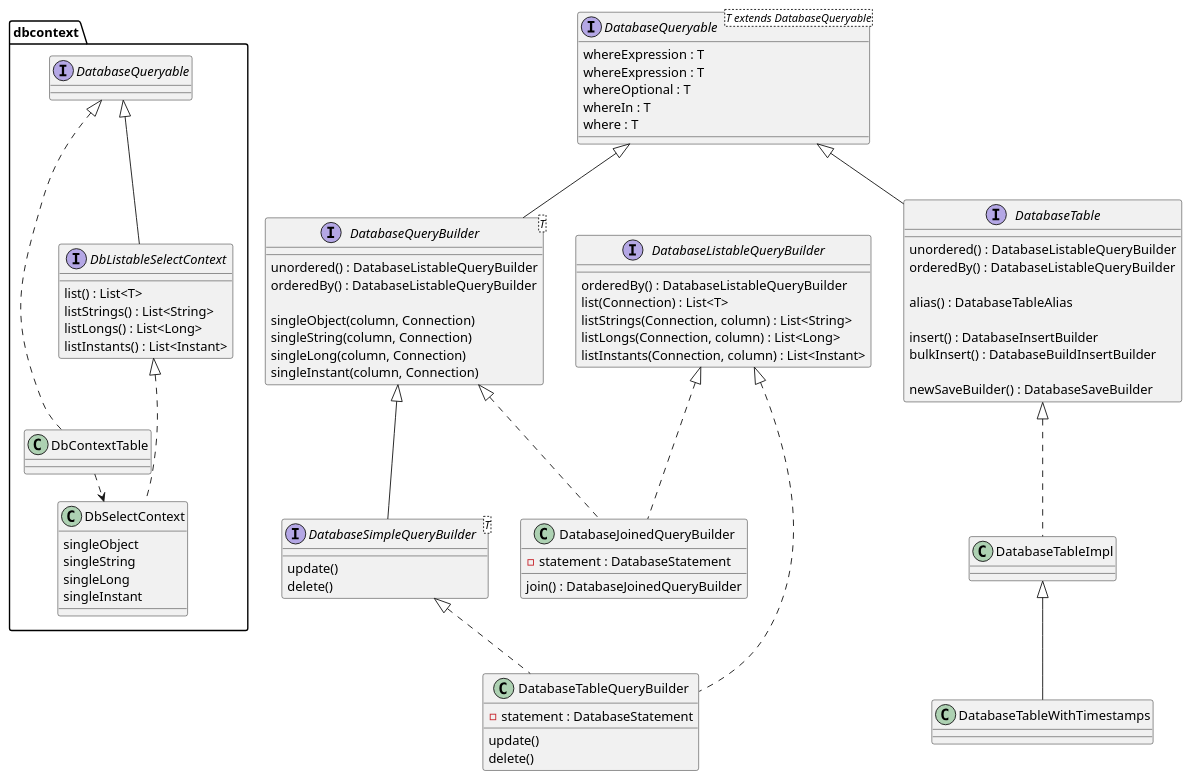
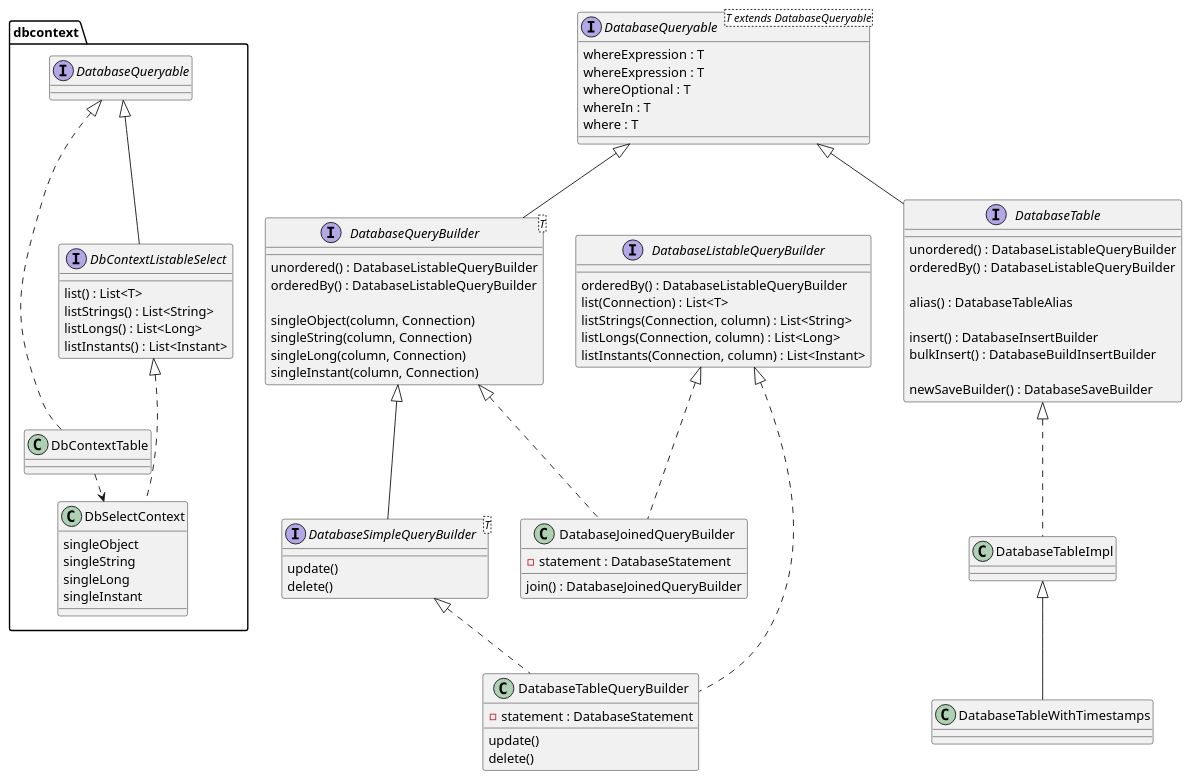
One commit to jhannes/fluent-jdbc changed the diagram in doc/classes.puml. Above: the diagram before and after it, drawn with PlantUML. The commit also changed 2 other files, not shown here.

```diff
--- a/doc/classes.puml
+++ b/doc/classes.puml
@@ -1,85 +1,85 @@
 @startuml
 
 interface DatabaseQueryable<T extends DatabaseQueryable> {
     whereExpression : T
     whereExpression : T
     whereOptional : T
     whereIn : T
     where : T
 }
 
 interface DatabaseQueryBuilder<T> extends DatabaseQueryable {
     unordered() : DatabaseListableQueryBuilder
     orderedBy() : DatabaseListableQueryBuilder
 
     singleObject(column, Connection)
     singleString(column, Connection)
     singleLong(column, Connection)
     singleInstant(column, Connection)
 }
 
 interface DatabaseSimpleQueryBuilder<T> extends DatabaseQueryBuilder {
     update()
     delete()
 }
 
 interface DatabaseTable extends DatabaseQueryable {
    unordered() : DatabaseListableQueryBuilder
    orderedBy() : DatabaseListableQueryBuilder
 
    alias() : DatabaseTableAlias
 
    insert() : DatabaseInsertBuilder
    bulkInsert() : DatabaseBuildInsertBuilder
 
    newSaveBuilder() : DatabaseSaveBuilder
 }
 
 interface DatabaseListableQueryBuilder {
     orderedBy() : DatabaseListableQueryBuilder
     list(Connection) : List<T>
     listStrings(Connection, column) : List<String>
     listLongs(Connection, column) : List<Long>
     listInstants(Connection, column) : List<Instant>
 }
 
 class DatabaseTableQueryBuilder implements DatabaseSimpleQueryBuilder, DatabaseListableQueryBuilder {
     update()
     delete()
 
     - statement : DatabaseStatement
 }
 
 class DatabaseJoinedQueryBuilder implements DatabaseQueryBuilder, DatabaseListableQueryBuilder {
     join() : DatabaseJoinedQueryBuilder
     - statement : DatabaseStatement
 }
 
 class DatabaseTableImpl implements DatabaseTable {
 }
 
 class DatabaseTableWithTimestamps extends DatabaseTableImpl {
 }
 
 package dbcontext {
 
-    interface DbListableSelectContext extends DatabaseQueryable {
+    interface DbContextListableSelect extends DatabaseQueryable {
         list() : List<T>
         listStrings() : List<String>
         listLongs() : List<Long>
         listInstants() : List<Instant>
     }
 
     class DbContextTable implements DatabaseQueryable {
     }
 
-    class DbSelectContext implements DbListableSelectContext {
+    class DbSelectContext implements DbContextListableSelect {
         singleObject
         singleString
         singleLong
         singleInstant
     }
 
     DbContextTable .right.> DbSelectContext: creates
 }
 @enduml
```
